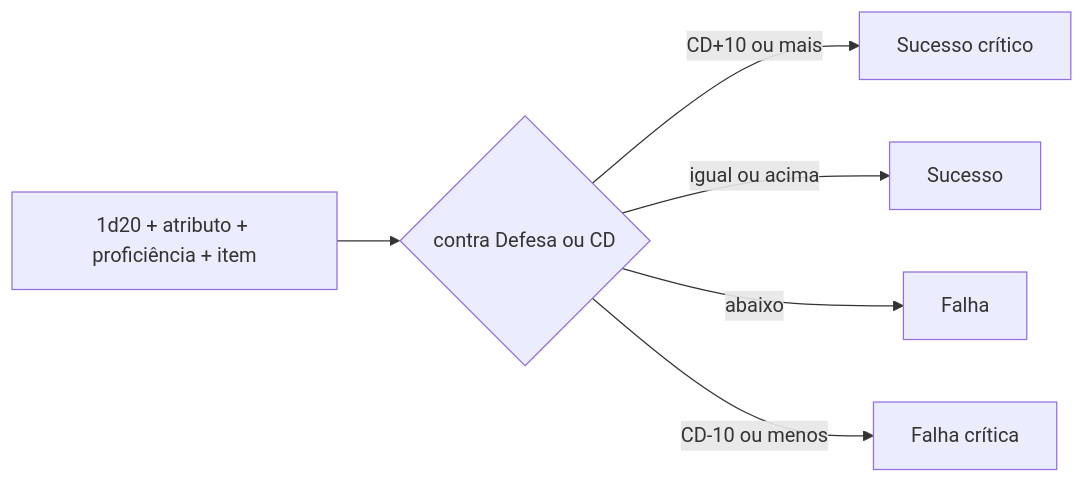
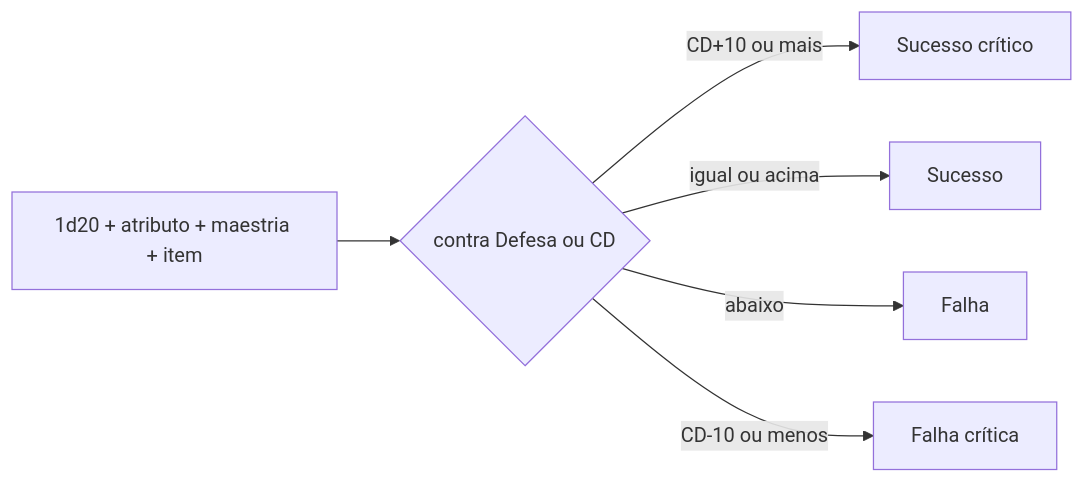
Before and after one commit to sidinei-silva/eras-do-brasil: the diagram in docs/jogo/mecanicas/motor-de-regras.md, drawn with Mermaid. The commit also changed other lines of this file and 5 other files, not shown here.

````diff
--- a/docs/jogo/mecanicas/motor-de-regras.md
+++ b/docs/jogo/mecanicas/motor-de-regras.md
@@ -11,8 +11,8 @@
 ```mermaid
 flowchart LR
-  A[1d20 + atributo + proficiência + item] --> T{contra Defesa ou CD}
+  A[1d20 + atributo + maestria + item] --> T{contra Defesa ou CD}
   T -->|CD+10 ou mais| SC[Sucesso crítico]
   T -->|igual ou acima| SU[Sucesso]
   T -->|abaixo| FA[Falha]
   T -->|CD-10 ou menos| FC[Falha crítica]
 ```
````
